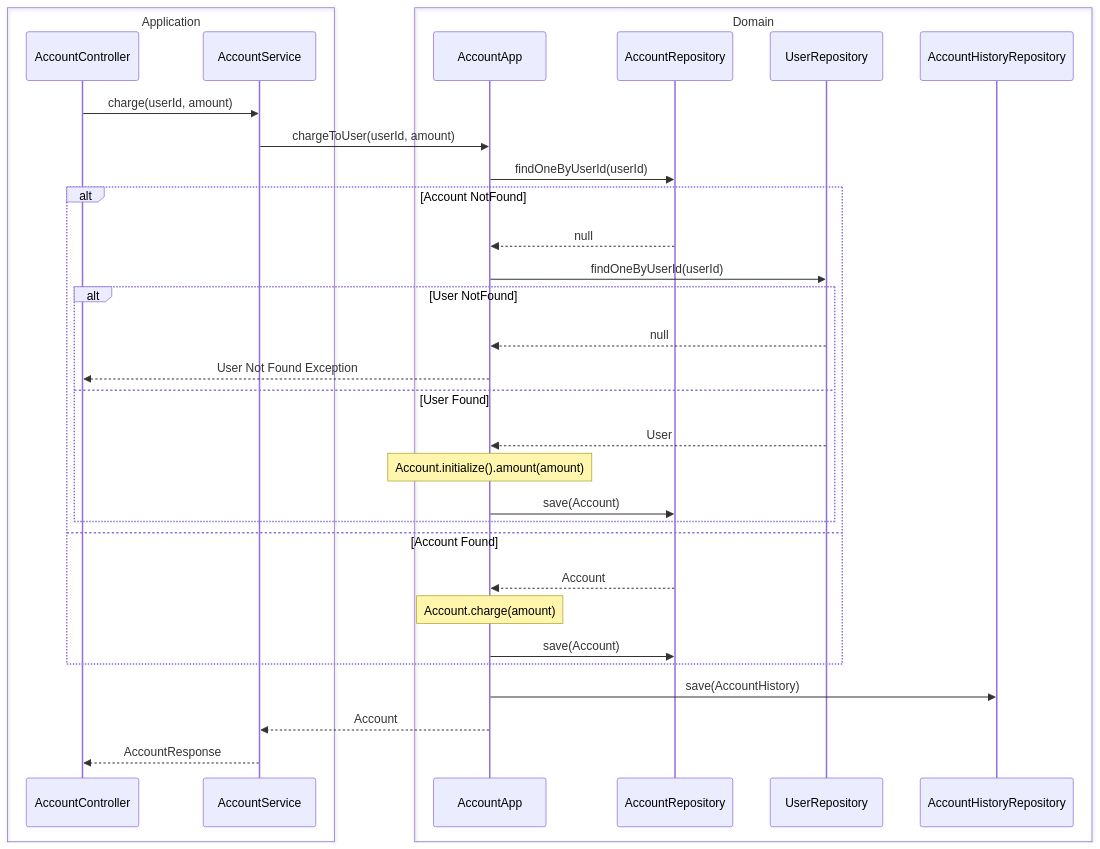
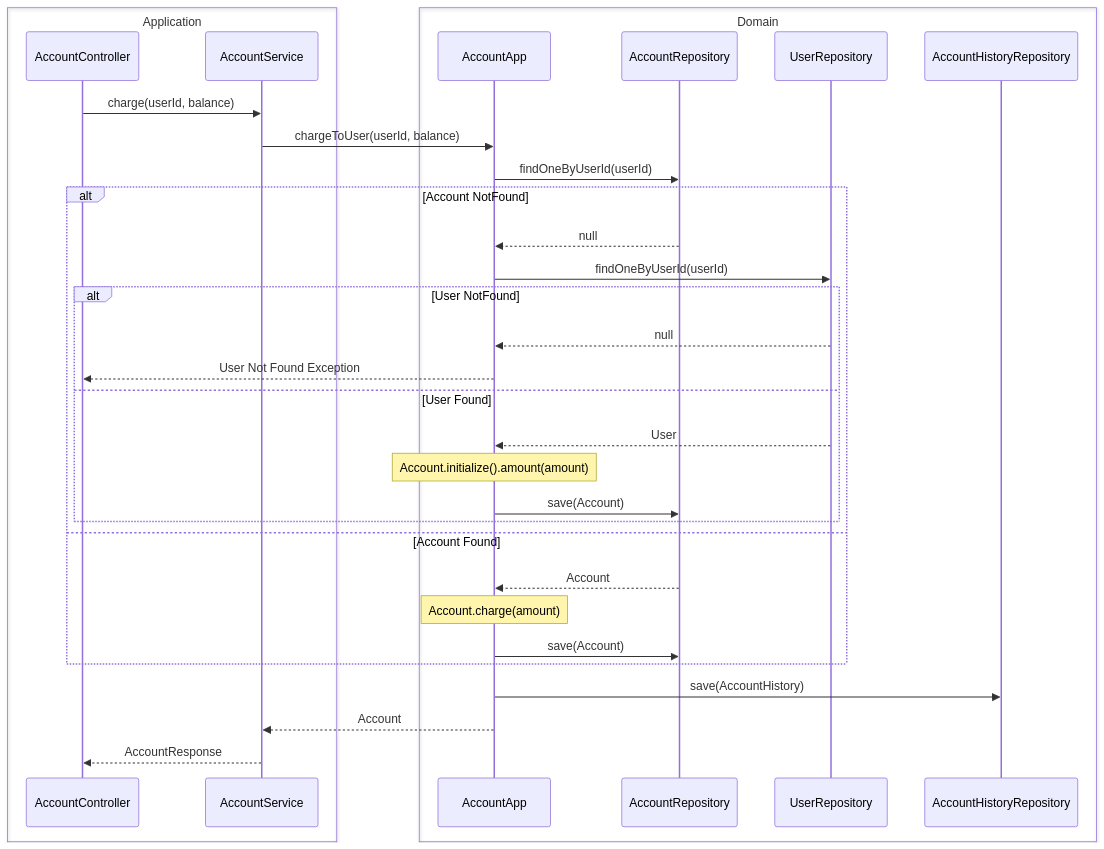
The fourth of 4 diagrams in docs/api/account.md (newbieJanghan/hh_plus_server), drawn with Mermaid before and after one commit. The commit also changed other lines of this file and 5 other files, not shown here.

Commit message:
Refactor: Account / account.amount -> account.balance 로 변경하여 잔액이라는 개념을 명시적으로 드러냄

````diff
--- a/docs/api/account.md
+++ b/docs/api/account.md
@@ -174,38 +174,38 @@
 ```mermaid
 sequenceDiagram
     box Application
         participant AccountController
         participant AccountService
     end
 
     box Domain
         participant AccountApp
         participant AccountRepository
         participant UserRepository
         participant AccountHistoryRepository
     end
 
-    AccountController ->> AccountService: charge(userId, amount)
-    AccountService ->> AccountApp: chargeToUser(userId, amount)
+    AccountController ->> AccountService: charge(userId, balance)
+    AccountService ->> AccountApp: chargeToUser(userId, balance)
 #
     AccountApp ->> AccountRepository: findOneByUserId(userId)
     alt Account NotFound
         AccountRepository -->> AccountApp: null
         AccountApp ->> UserRepository: findOneByUserId(userId)
         alt User NotFound
             UserRepository -->> AccountApp: null
             AccountApp -->> AccountController: User Not Found Exception
         else User Found
             UserRepository -->> AccountApp: User
             Note over AccountApp: Account.initialize().amount(amount)
             AccountApp ->> AccountRepository: save(Account)
         end
     else Account Found
         AccountRepository -->> AccountApp: Account
         Note over AccountApp: Account.charge(amount)
         AccountApp ->> AccountRepository: save(Account)
     end
     AccountApp ->> AccountHistoryRepository: save(AccountHistory)
     AccountApp -->> AccountService: Account
     AccountService -->> AccountController: AccountResponse
 ```
````
